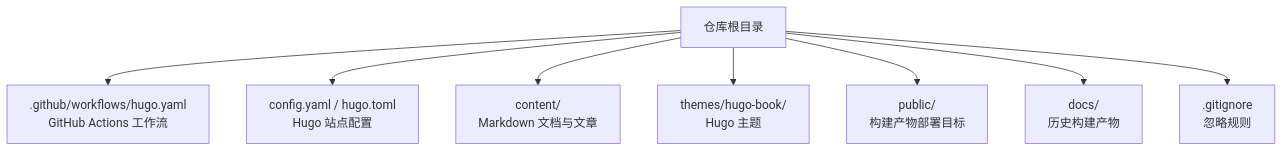
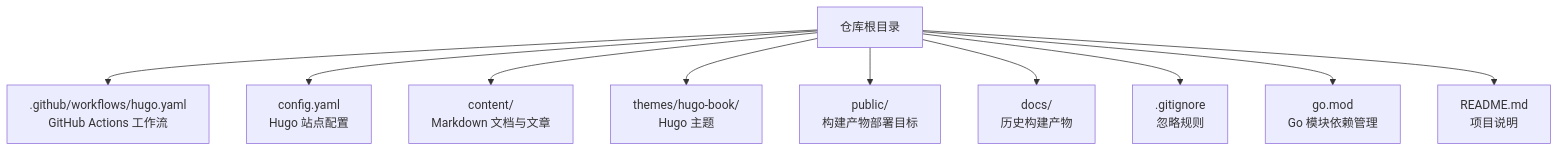
The first of 5 diagrams in .qoder/repowiki/zh/content/部署与维护/部署与维护.md (nianjiang/nianjiang.github.io), drawn with Mermaid before and after one commit. The commit also changed other lines of this file and 176 other files, not shown here.

````diff
--- a/.qoder/repowiki/zh/content/部署与维护/部署与维护.md
+++ b/.qoder/repowiki/zh/content/部署与维护/部署与维护.md
@@ -30,10 +37,12 @@
 ```mermaid
 graph TB
 A["仓库根目录"] --> B[".github/workflows/hugo.yaml<br/>GitHub Actions 工作流"]
-A --> C["config.yaml / hugo.toml<br/>Hugo 站点配置"]
+A --> C["config.yaml<br/>Hugo 站点配置"]
 A --> D["content/<br/>Markdown 文档与文章"]
 A --> E["themes/hugo-book/<br/>Hugo 主题"]
 A --> F["public/<br/>构建产物部署目标"]
 A --> G["docs/<br/>历史构建产物"]
 A --> H[".gitignore<br/>忽略规则"]
+A --> I["go.mod<br/>Go 模块依赖管理"]
+A --> J["README.md<br/>项目说明"]
 ```
````
